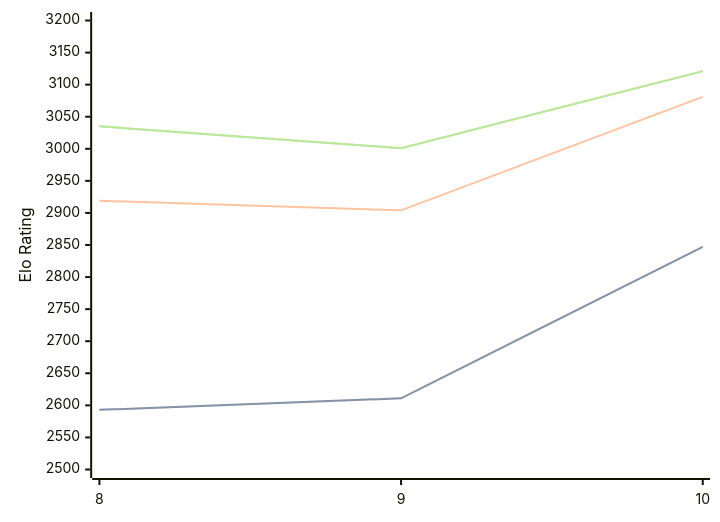
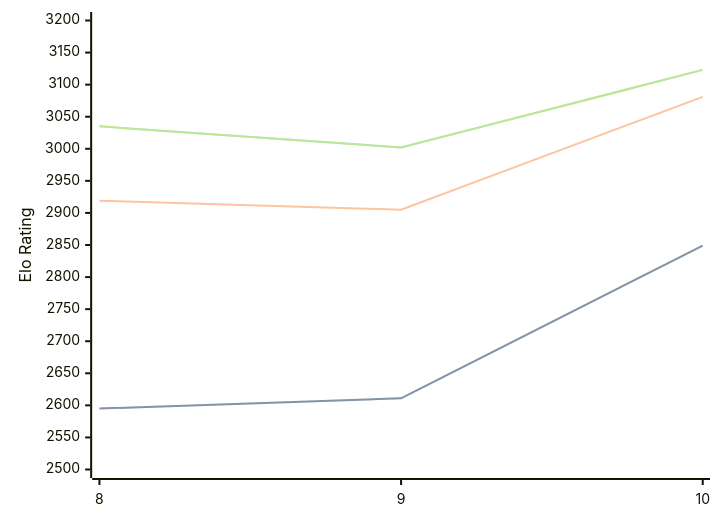
Before and after one commit to computer-chess-index/cci: the diagram in engines/Lozza.md, drawn with Mermaid. The commit also changed other lines of this file, not shown here.

Commit message:
Update CCI Ratings (ELO VLTC) - 2026-09-13

````diff
--- a/engines/Lozza.md
+++ b/engines/Lozza.md
@@ -33,11 +33,11 @@
 ```mermaid
 %%{init: {"theme":"base","themeVariables":{"seriesColors:['#a3a3a3','#222221','#faa371']}}}%%
 xychart-beta
   x-axis ["8", "9", "10"]
   y-axis "Elo Rating" 2500 --> 3200
-  line "" [2593, 2611, 2847]
-  line "STC (8.0+0.08s)" [2593, 2611, 2847]
-  line "LTC (60.0+0.60s)" [2919, 2904, 3081]
-  line "" [3035, 3001, 3121]
-  line "VLTC (2m24s+1.12s)" [3035, 3001, 3121]
+  line "" [2595, 2611, 2849]
+  line "STC (8.0+0.08s)" [2595, 2611, 2849]
+  line "LTC (60.0+0.60s)" [2919, 2905, 3081]
+  line "" [3035, 3002, 3123]
+  line "VLTC (2m24s+1.12s)" [3035, 3002, 3123]
 ```
````
